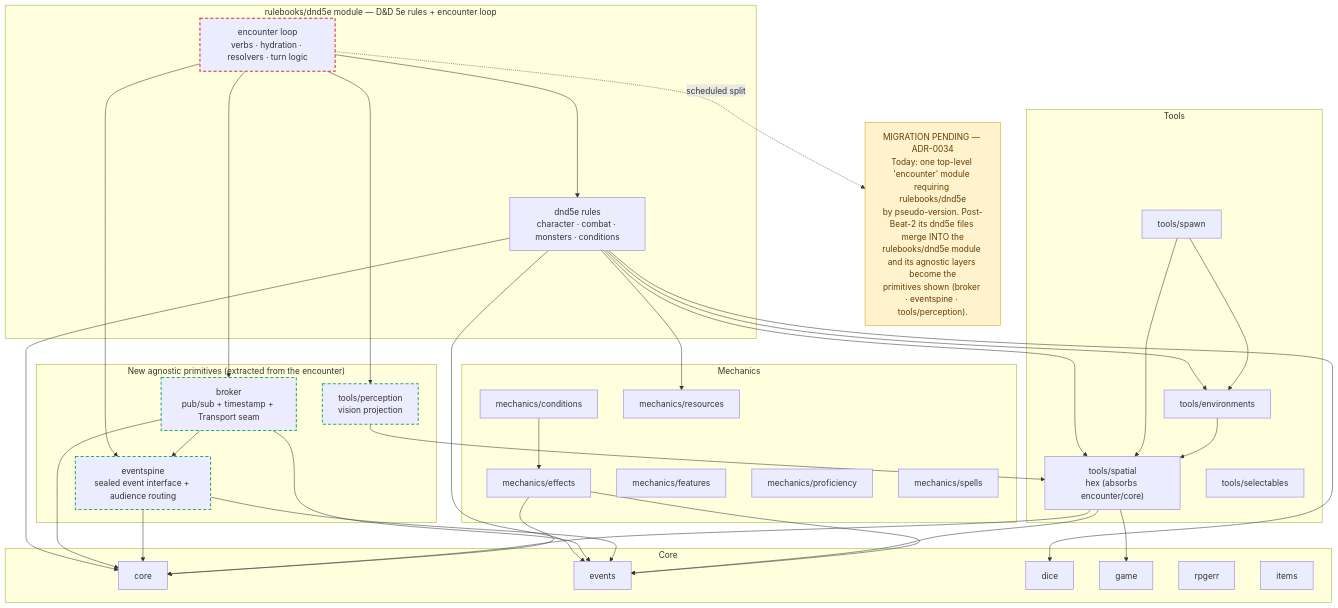
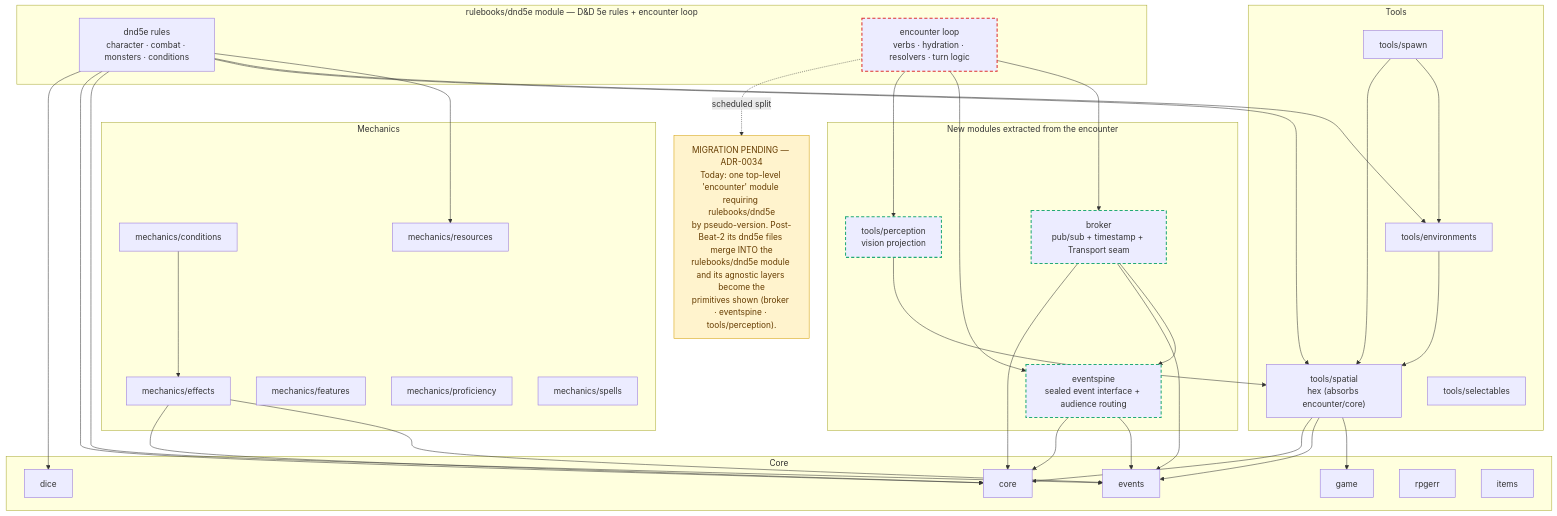
The first of 2 diagrams in docs/architecture/overview.md (KirkDiggler/rpg-toolkit), drawn with Mermaid before and after one commit. The commit also changed other lines of this file and 1 other file, not shown here.

First line of the commit message:
docs(adr): address Copilot review on #732 — diagram consistency

````diff
--- a/docs/architecture/overview.md
+++ b/docs/architecture/overview.md
@@ -33,55 +33,54 @@
 ```mermaid
 flowchart TD
   subgraph RB["rulebooks/dnd5e module — D&D 5e rules + encounter loop"]
     DND["dnd5e rules<br/>character · combat · monsters · conditions"]
     ENC["encounter loop<br/>verbs · hydration · resolvers · turn logic"]
-    ENC --> DND
   end
-  subgraph PRIM["New agnostic primitives (extracted from the encounter)"]
+  subgraph PRIM["New modules extracted from the encounter"]
     BROKER["broker<br/>pub/sub + timestamp + Transport seam"]
     SPINE["eventspine<br/>sealed event interface + audience routing"]
     PERC["tools/perception<br/>vision projection"]
   end
   subgraph TOOLS["Tools"]
     SPATIAL["tools/spatial<br/>hex (absorbs encounter/core)"]
     ENV["tools/environments"]
     SEL["tools/selectables"]
     SPAWN["tools/spawn"]
   end
   subgraph MECH["Mechanics"]
     EFFECTS["mechanics/effects"]
     COND["mechanics/conditions"]
     RES["mechanics/resources"]
     FEAT["mechanics/features"]
     PROF["mechanics/proficiency"]
     SPELLS["mechanics/spells"]
   end
   subgraph CORELYR["Core"]
     C["core"]
     EV["events"]
     DICE["dice"]
     GAME["game"]
     ERR["rpgerr"]
     ITEMS["items"]
   end
 
   ENC --> BROKER & SPINE & PERC
   DND --> RES & ENV & SPATIAL & EV & C & DICE
   BROKER --> SPINE & EV & C
   SPINE --> EV & C
   PERC --> SPATIAL
   SPAWN --> ENV & SPATIAL
   ENV --> SPATIAL
   SPATIAL --> GAME & EV & C
   COND --> EFFECTS
   EFFECTS --> EV & C
 
   MIG["MIGRATION PENDING — ADR-0034<br/>Today: one top-level 'encounter' module requiring rulebooks/dnd5e<br/>by pseudo-version. Post-Beat-2 its dnd5e files merge INTO the<br/>rulebooks/dnd5e module and its agnostic layers become the<br/>primitives shown (broker · eventspine · tools/perception)."]
   ENC -.->|"scheduled split"| MIG
 
   style ENC stroke:#d33,stroke-width:2px,stroke-dasharray:6 4
   style BROKER stroke:#2a7,stroke-width:2px,stroke-dasharray:6 4
   style SPINE stroke:#2a7,stroke-width:2px,stroke-dasharray:6 4
   style PERC stroke:#2a7,stroke-width:2px,stroke-dasharray:6 4
   style MIG fill:#fff3cd,stroke:#d39e00,color:#663c00
 ```
````
